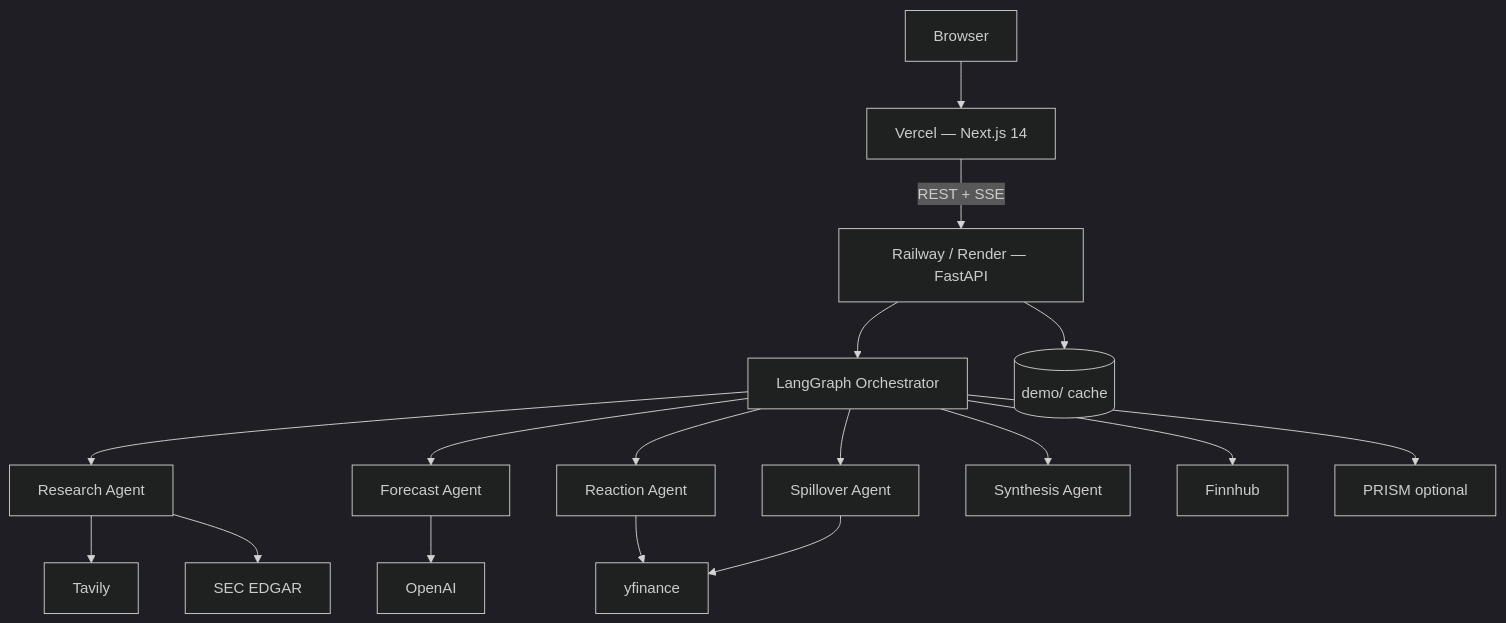
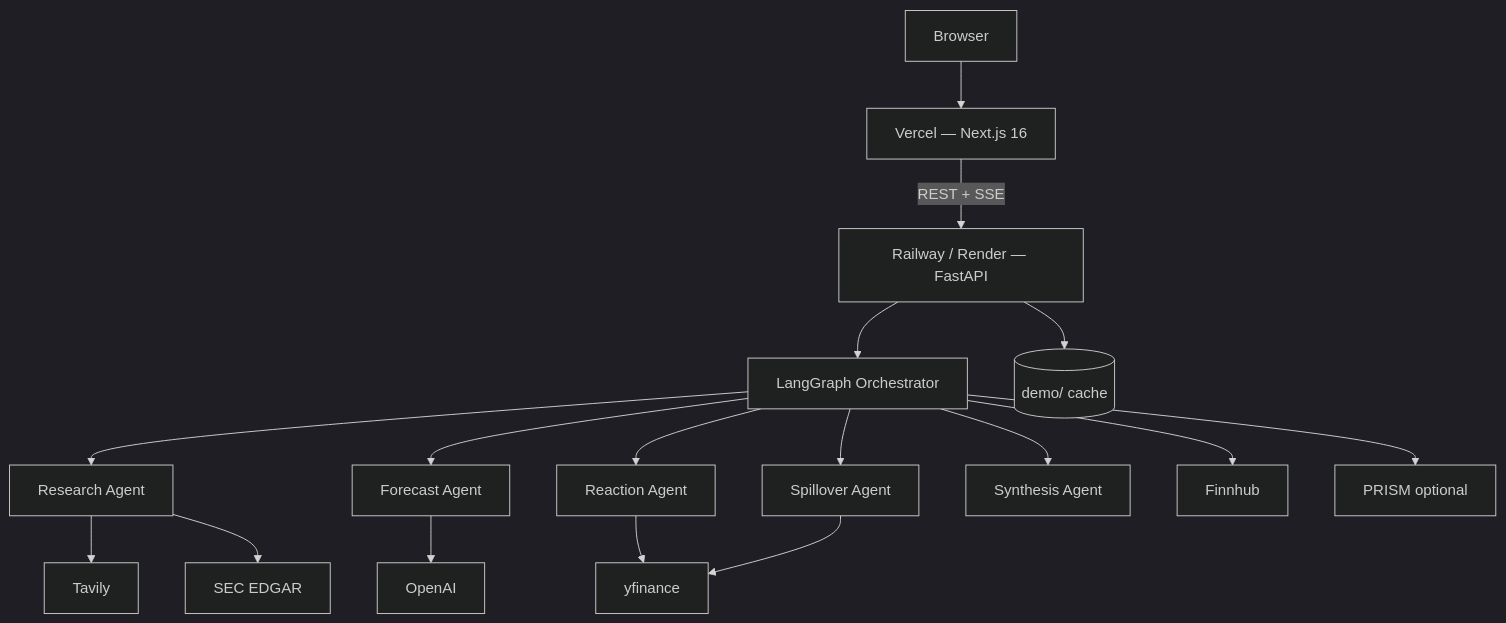
Before and after one commit to Ankush523/EarningsPulse: the diagram in docs/DEPLOYMENT.md, drawn with Mermaid (dark theme). The commit also changed 9 other files, not shown here.

````diff
--- a/docs/DEPLOYMENT.md
+++ b/docs/DEPLOYMENT.md
@@ -9,19 +9,19 @@
 ```mermaid
 flowchart TB
-  User[Browser] --> Vercel[Vercel — Next.js 14]
+  User[Browser] --> Vercel[Vercel — Next.js 16]
   Vercel -->|REST + SSE| API[Railway / Render — FastAPI]
   API --> Orchestrator[LangGraph Orchestrator]
   Orchestrator --> Research[Research Agent]
   Orchestrator --> Forecast[Forecast Agent]
   Orchestrator --> Reaction[Reaction Agent]
   Orchestrator --> Spillover[Spillover Agent]
   Orchestrator --> Synthesis[Synthesis Agent]
   Research --> Tavily[Tavily]
   Research --> EDGAR[SEC EDGAR]
   Forecast --> OpenAI[OpenAI]
   Reaction --> YF[yfinance]
   Spillover --> YF
   Orchestrator --> Finnhub[Finnhub]
   Orchestrator --> PRISM[PRISM optional]
   API --> DemoCache[(demo/ cache)]
 ```
````
